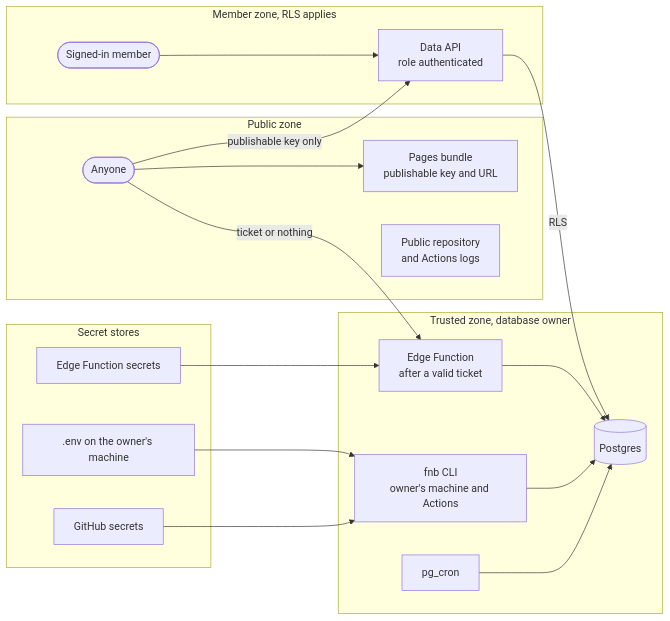
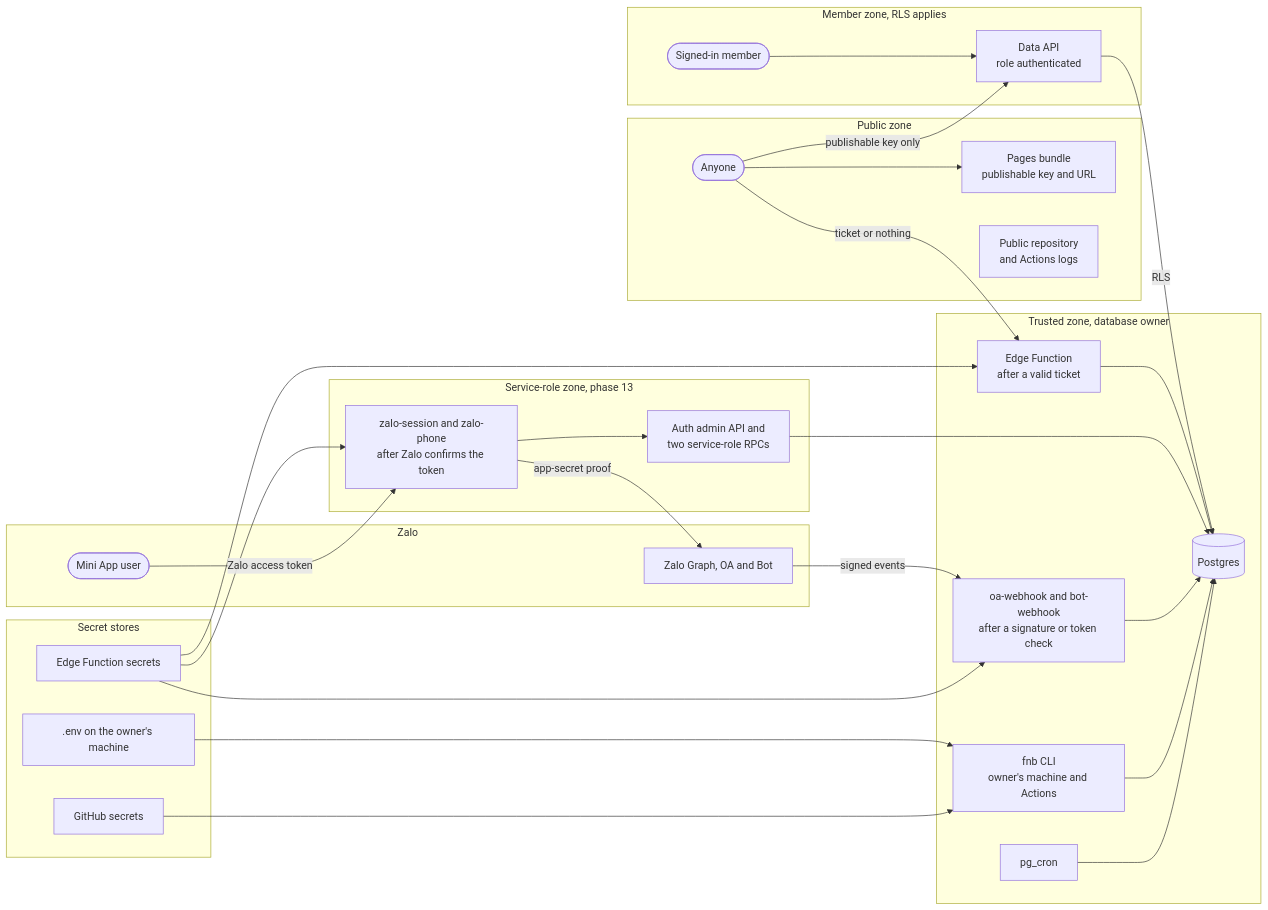
One commit to qa-io-vn/fnb-manager changed the diagram in docs/security.md. Above: the diagram before and after it, drawn with Mermaid. The commit also changed other lines of this file and 23 other files, not shown here.

````diff
--- a/docs/security.md
+++ b/docs/security.md
@@ -37,34 +38,51 @@
 ```mermaid
 flowchart LR
     subgraph pub["Public zone"]
         anyone(["Anyone"])
         bundle["Pages bundle<br/>publishable key and URL"]
         repo["Public repository<br/>and Actions logs"]
     end
     subgraph mem["Member zone, RLS applies"]
         member(["Signed-in member"])
         rest["Data API<br/>role authenticated"]
     end
     subgraph own["Trusted zone, database owner"]
         cli["fnb CLI<br/>owner's machine and Actions"]
         efn["Edge Function<br/>after a valid ticket"]
+        whk["oa-webhook and bot-webhook<br/>after a signature or token check"]
         cron["pg_cron"]
         db[("Postgres")]
+    end
+    subgraph svc["Service-role zone, phase 13"]
+        zfn["zalo-session and zalo-phone<br/>after Zalo confirms the token"]
+        auth["Auth admin API and<br/>two service-role RPCs"]
+    end
+    subgraph zalo["Zalo"]
+        mini(["Mini App user"])
+        zplat["Zalo Graph, OA and Bot"]
     end
     subgraph sec["Secret stores"]
         envf[".env on the owner's machine"]
         ghs["GitHub secrets"]
         fsec["Edge Function secrets"]
     end
     anyone --> bundle
     anyone -->|publishable key only| rest
     member --> rest
     rest -->|RLS| db
     anyone -->|ticket or nothing| efn
     efn --> db
+    mini -->|Zalo access token| zfn
+    zfn -->|app-secret proof| zplat
+    zfn --> auth
+    auth --> db
+    zplat -->|signed events| whk
+    whk --> db
+    fsec --> zfn
+    fsec --> whk
     cli --> db
     cron --> db
     envf --> cli
     ghs --> cli
     fsec --> efn
 ```
````
